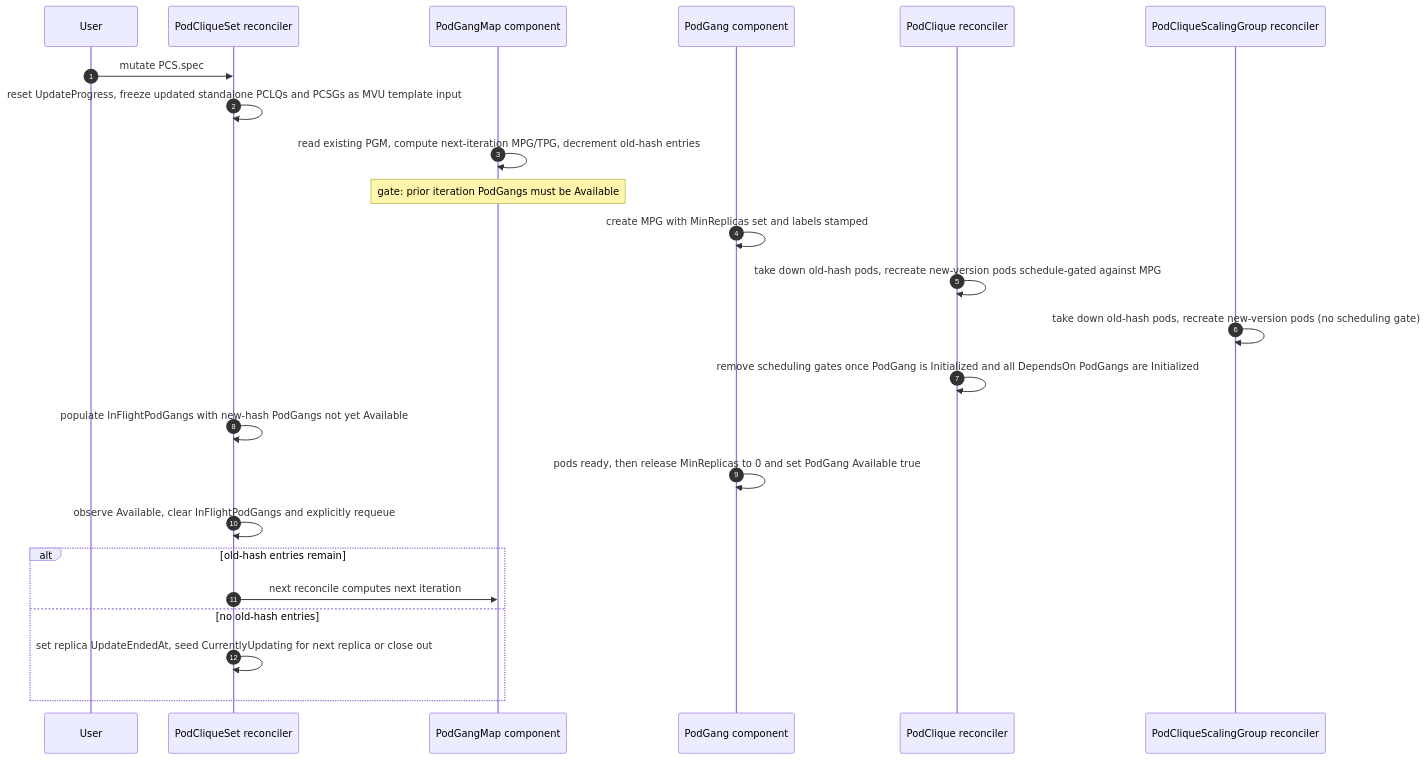
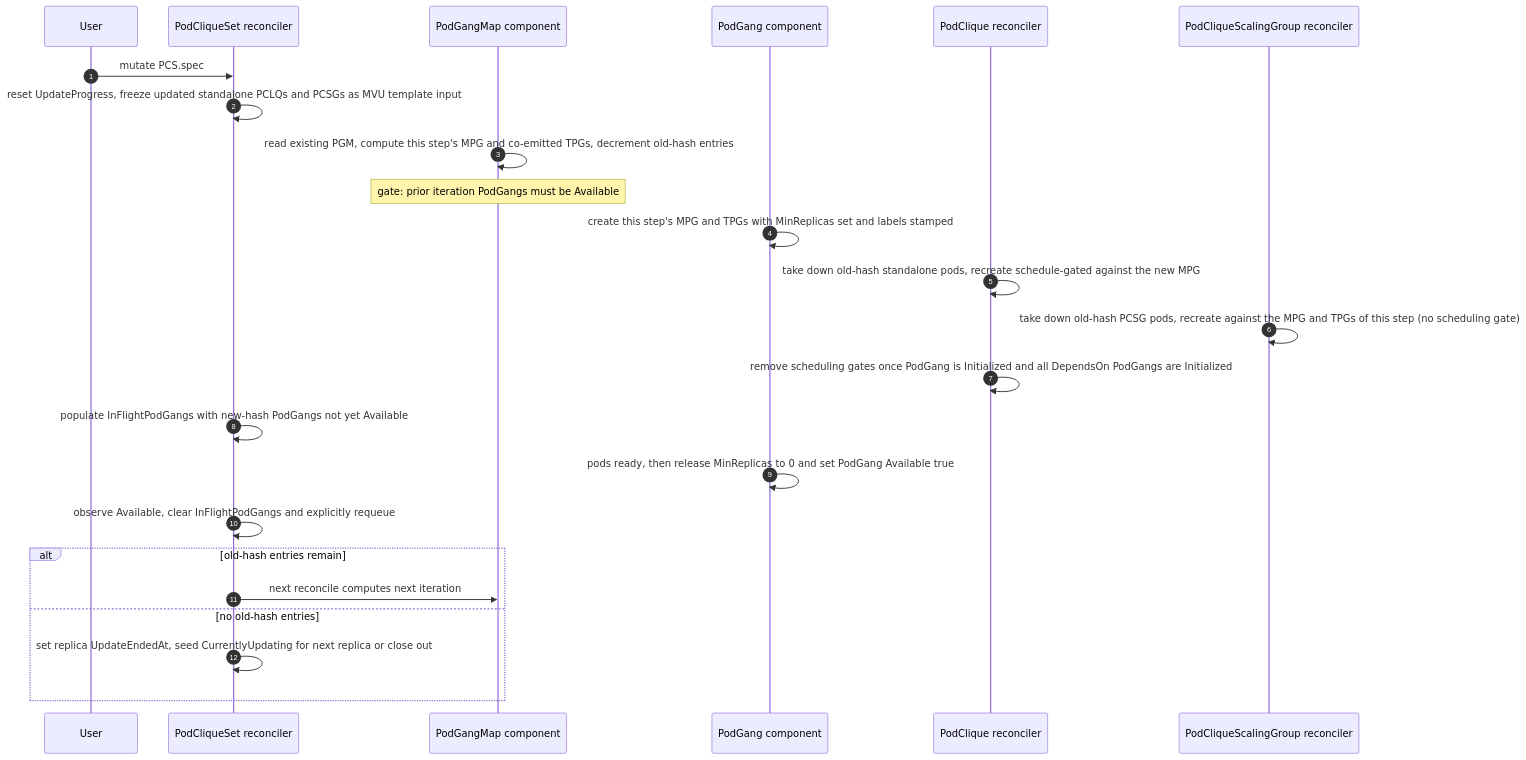
One commit to ai-dynamo/grove changed the second of 5 diagrams in docs/proposals/393-coherent-rolling-updates/README.md. Above: the diagram before and after it, drawn with Mermaid. The commit also changed other lines of this file, not shown here.

````diff
--- a/docs/proposals/393-coherent-rolling-updates/README.md
+++ b/docs/proposals/393-coherent-rolling-updates/README.md
@@ -460,27 +554,27 @@
 ```mermaid
 sequenceDiagram
   autonumber
   participant User
   participant PCS as PodCliqueSet reconciler
   participant PGM as PodGangMap component
   participant PG as PodGang component
   participant PCLQ as PodClique reconciler
   participant PCSG as PodCliqueScalingGroup reconciler
 
   User->>PCS: mutate PCS.spec
   PCS->>PCS: reset UpdateProgress, freeze updated standalone PCLQs and PCSGs as MVU template input
-  PGM->>PGM: read existing PGM, compute next-iteration MPG/TPG, decrement old-hash entries
+  PGM->>PGM: read existing PGM, compute this step's MPG and co-emitted TPGs, decrement old-hash entries
   Note over PGM: gate: prior iteration PodGangs must be Available
-  PG->>PG: create MPG with MinReplicas set and labels stamped
-  PCLQ->>PCLQ: take down old-hash pods, recreate new-version pods schedule-gated against MPG
-  PCSG->>PCSG: take down old-hash pods, recreate new-version pods (no scheduling gate)
+  PG->>PG: create this step's MPG and TPGs with MinReplicas set and labels stamped
+  PCLQ->>PCLQ: take down old-hash standalone pods, recreate schedule-gated against the new MPG
+  PCSG->>PCSG: take down old-hash PCSG pods, recreate against the MPG and TPGs of this step (no scheduling gate)
   PCLQ->>PCLQ: remove scheduling gates once PodGang is Initialized and all DependsOn PodGangs are Initialized
   PCS->>PCS: populate InFlightPodGangs with new-hash PodGangs not yet Available
   PG->>PG: pods ready, then release MinReplicas to 0 and set PodGang Available true
   PCS->>PCS: observe Available, clear InFlightPodGangs and explicitly requeue
   alt old-hash entries remain
     PCS->>PGM: next reconcile computes next iteration
   else no old-hash entries
     PCS->>PCS: set replica UpdateEndedAt, seed CurrentlyUpdating for next replica or close out
   end
 ```
````
